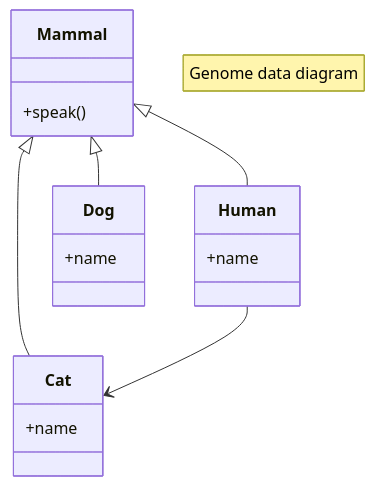
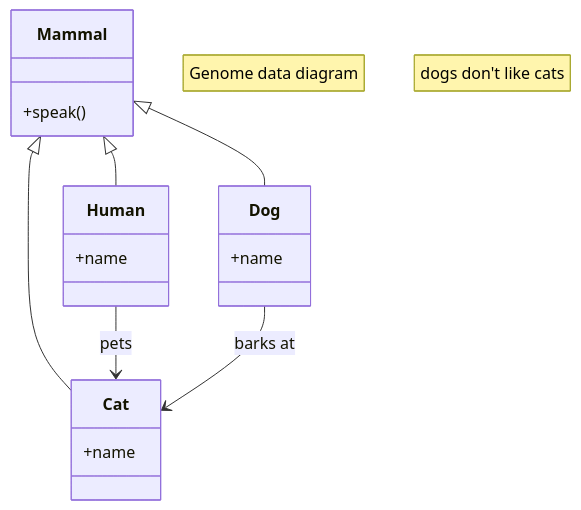
Before and after one commit to professor-greebie/SENG8080-1-field_project: the diagram in ARCHITECTURE/graph.md, drawn with Mermaid. The commit also changed 1 other file, not shown here.

Commit message:
Add sample GANTT

````diff
--- a/ARCHITECTURE/graph.md
+++ b/ARCHITECTURE/graph.md
@@ -3,22 +3,24 @@
 ```mermaid
 
 classDiagram
   note "Genome data diagram"
   class Human {
     +name
   }
   class Dog {
     +name
   }
   class Cat {
     +name
   }
   class Mammal {
     +speak()
   }
   Mammal <|-- Dog
   Mammal <|-- Human
   Mammal <|-- Cat
-  Human --> Cat
+  Human --> Cat : pets
+  Dog --> Cat : barks at
+  note "dogs don't like cats"
 
 ```
````
